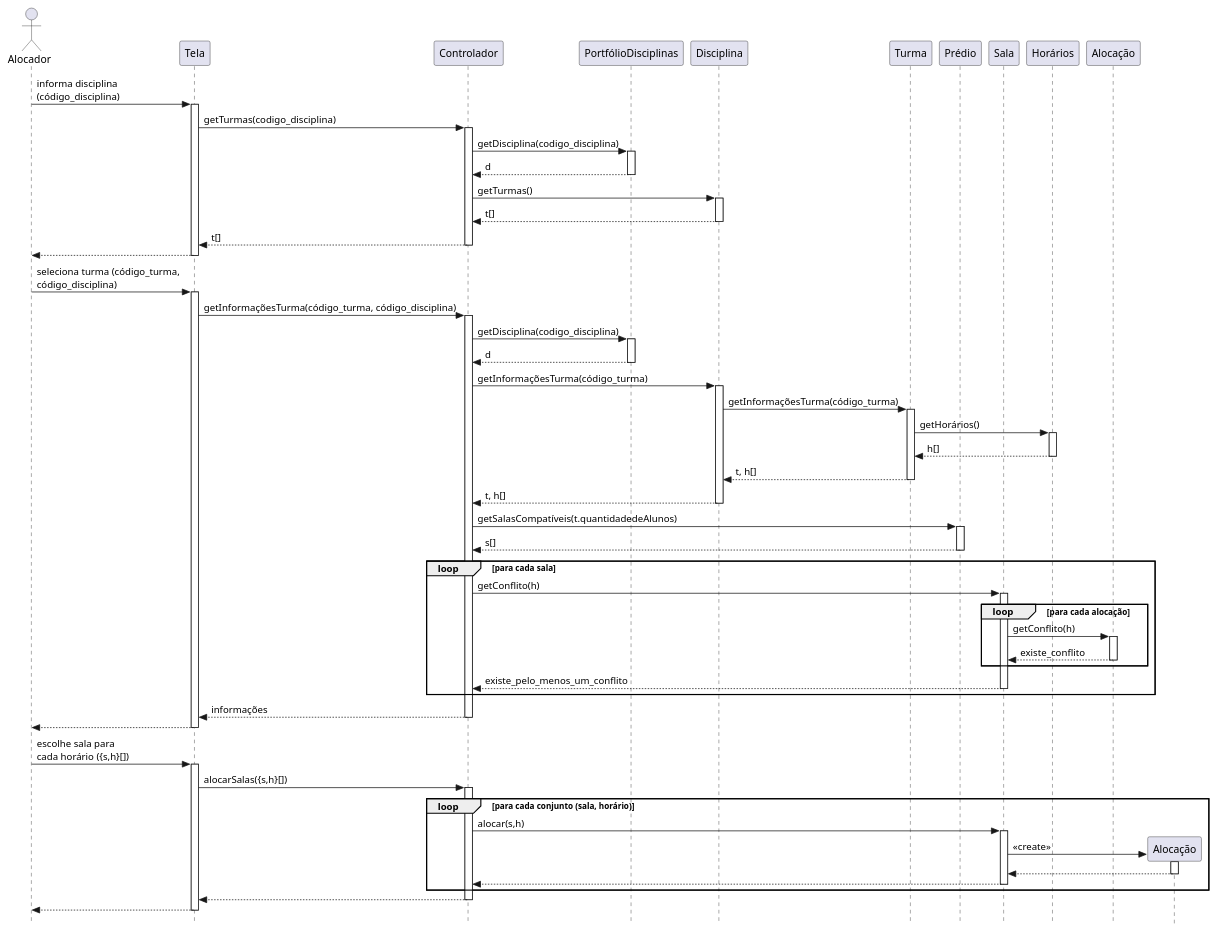
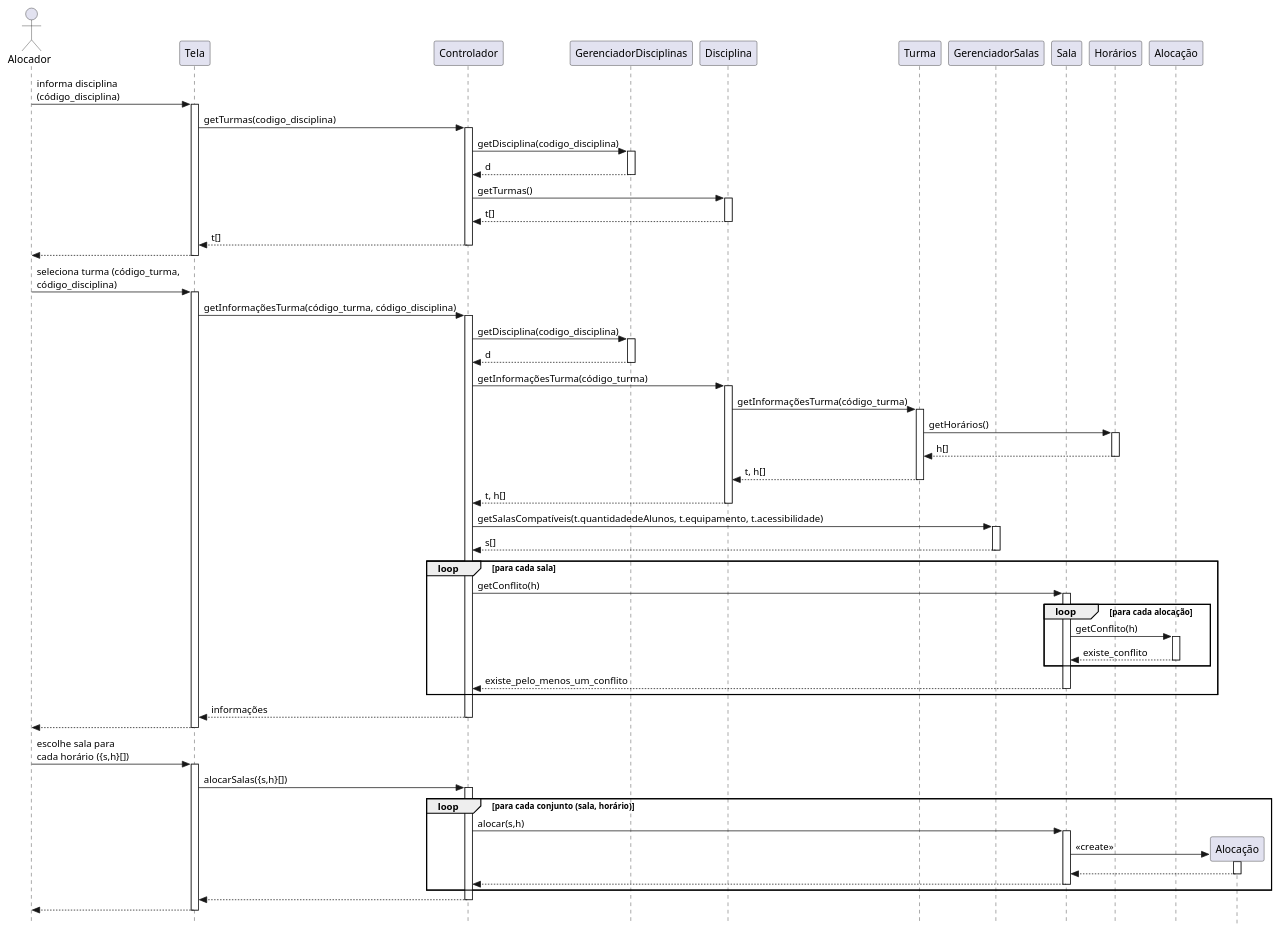
Before and after one commit to tassyla/Salateca: the diagram in projeto/uc1/diagrama-de-sequencia-uc1.puml, drawn with PlantUML. The commit also changed 11 other files, not shown here.

```diff
--- a/projeto/uc1/diagrama-de-sequencia-uc1.puml
+++ b/projeto/uc1/diagrama-de-sequencia-uc1.puml
@@ -1,65 +1,65 @@
 @startuml Sequencia
 skinparam style strictuml
 autoactivate on
 
 actor Alocador
 participant Tela as t
 participant Controlador as c
-participant PortfólioDisciplinas as pd
+participant GerenciadorDisciplinas as gd
 participant "Disciplina" as d
 participant Turma as tu
-participant Prédio as p
+participant GerenciadorSalas as gs
 participant Sala as s
 participant Horários as h
 participant Alocação as a
 participant Alocação as a2
 
 Alocador -> t : informa disciplina \n(código_disciplina)
     t -> c : getTurmas(codigo_disciplina)
-        c -> pd : getDisciplina(codigo_disciplina)
+        c -> gd : getDisciplina(codigo_disciplina)
         return d
             c -> d : getTurmas()
             return t[]
         return t[]
     return 
 
 Alocador -> t : seleciona turma (código_turma, \ncódigo_disciplina)
     t -> c : getInformaçõesTurma(código_turma, código_disciplina)
-        c -> pd : getDisciplina(codigo_disciplina)
+        c -> gd : getDisciplina(codigo_disciplina)
         return d
        
         c -> d : getInformaçõesTurma(código_turma)
         d -> tu : getInformaçõesTurma(código_turma)
         tu -> h : getHorários()
         return h[]
     return t, h[]
         
         return t, h[]
-    c -> p : getSalasCompatíveis(t.quantidadedeAlunos)
+    c -> gs : getSalasCompatíveis(t.quantidadedeAlunos, t.equipamento, t.acessibilidade)
     return s[]
     loop para cada sala
         c -> s : getConflito(h)
         loop para cada alocação
             s -> a : getConflito(h)
             return existe_conflito
         end
         return existe_pelo_menos_um_conflito
     end
     
 return informações
 return 
 
 
 Alocador -> t : escolhe sala para \ncada horário ({s,h}[])
     t -> c : alocarSalas({s,h}[])
     loop para cada conjunto (sala, horário)
         c -> s : alocar(s,h)
         create a2
         s -> a2 : << create >>
         return
     return
     end
 return 
 return
     
 @enduml
```
